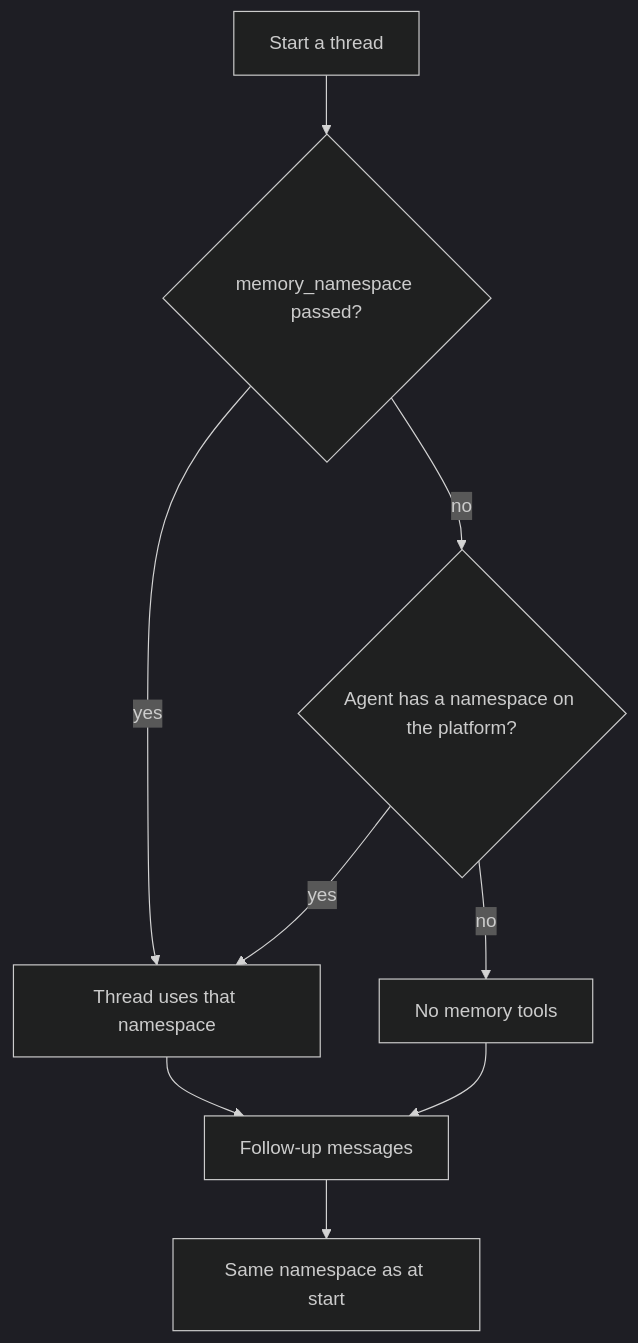
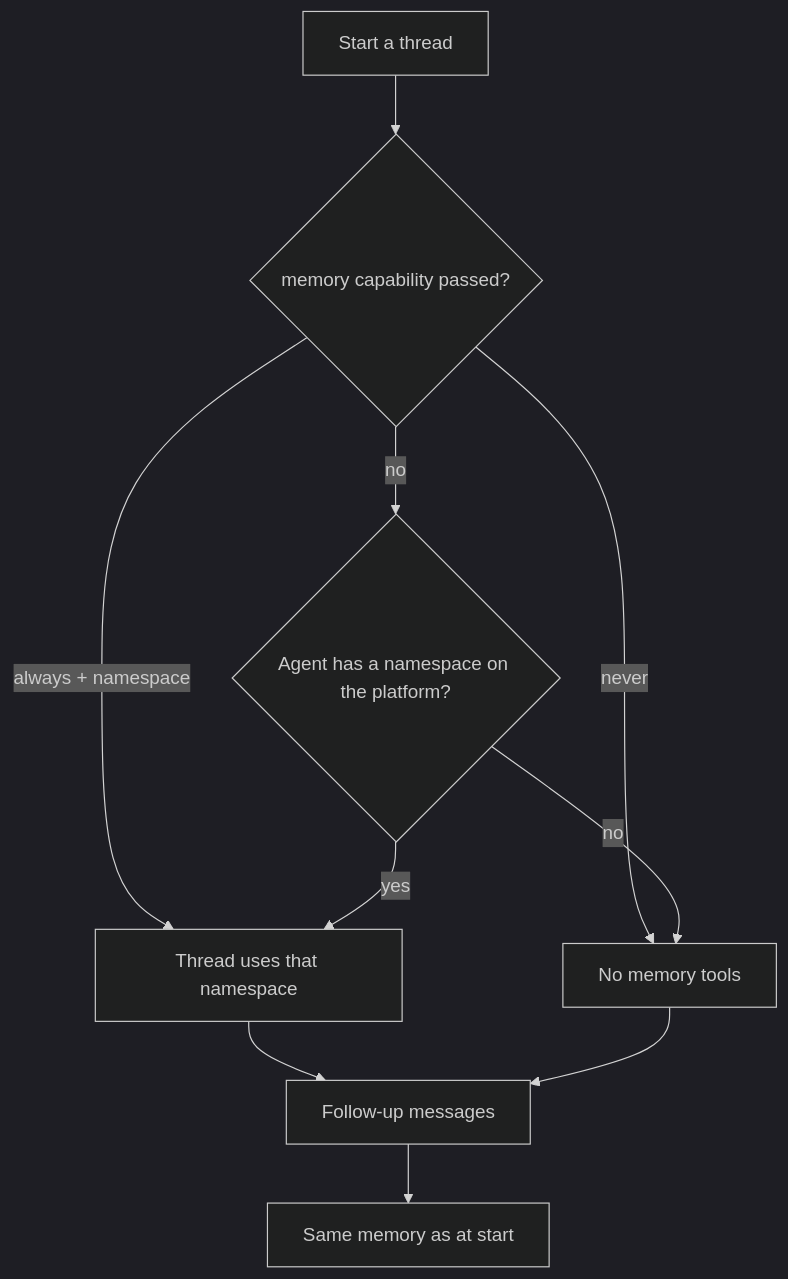
The third of 4 diagrams in guides/memory-namespaces.mdx (cominty/docs), drawn with Mermaid (dark theme) before and after one commit. The commit also changed other lines of this file and 21 other files, not shown here.

````diff
--- a/guides/memory-namespaces.mdx
+++ b/guides/memory-namespaces.mdx
@@ -152,11 +153,12 @@
 ```mermaid
 flowchart TD
-  start["Start a thread"] --> sent{"memory_namespace passed?"}
-  sent -->|"yes"| bound["Thread uses that namespace"]
+  start["Start a thread"] --> sent{"memory capability passed?"}
+  sent -->|"always + namespace"| bound["Thread uses that namespace"]
+  sent -->|"never"| off["No memory tools"]
   sent -->|"no"| agentNs{"Agent has a namespace on the platform?"}
   agentNs -->|"yes"| bound
-  agentNs -->|"no"| off["No memory tools"]
+  agentNs -->|"no"| off
   bound --> send["Follow-up messages"]
   off --> send
-  send --> same["Same namespace as at start"]
+  send --> same["Same memory as at start"]
 ```
````
